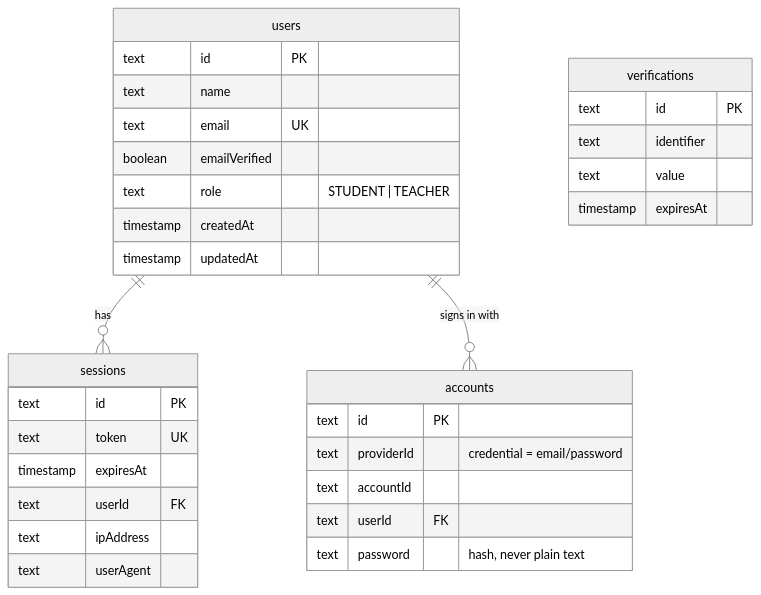
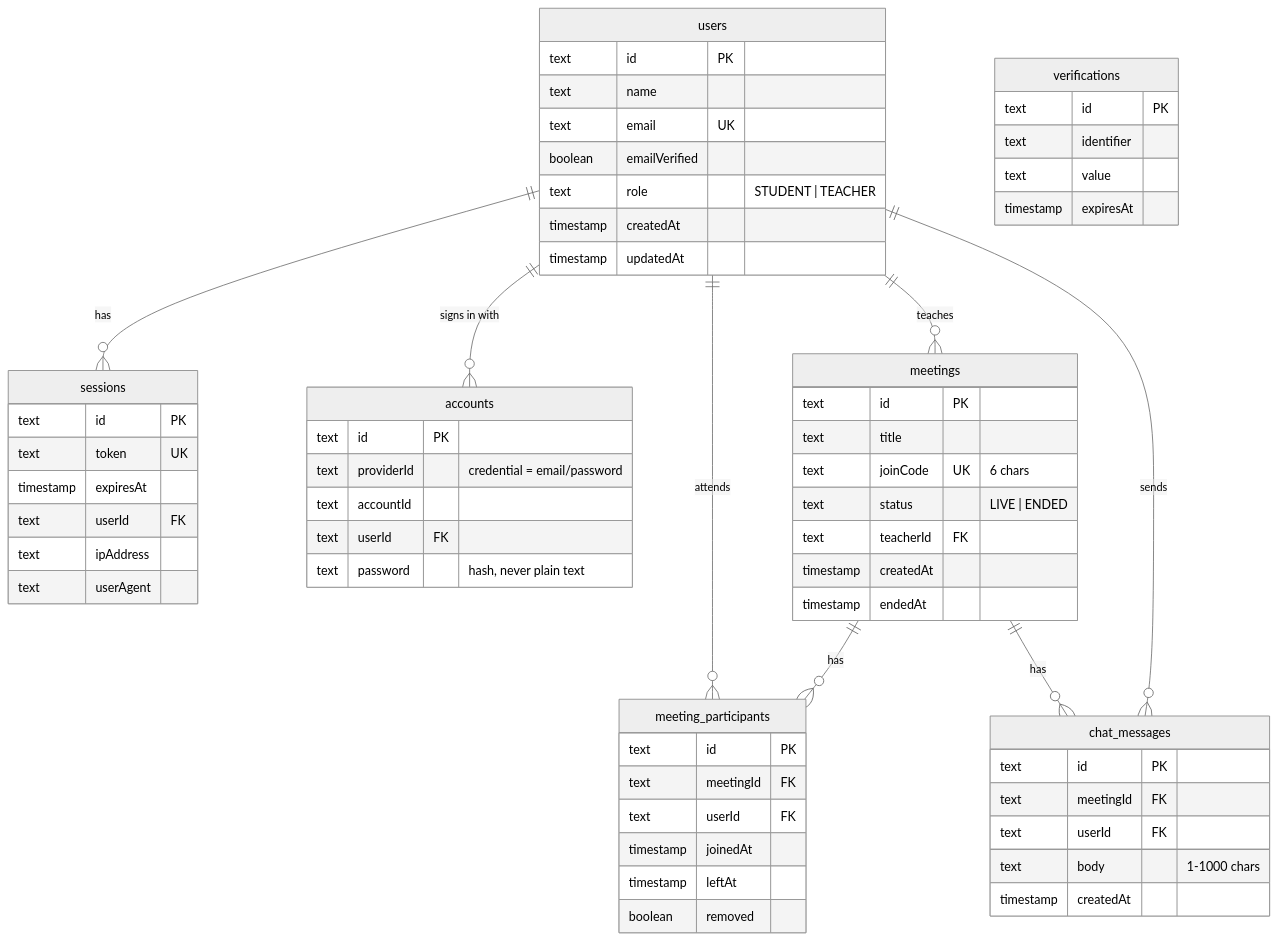
One commit to ali-shiekh16/learning-platform changed the diagram in docs/database.md. Above: the diagram before and after it, drawn with Mermaid (neutral theme). The commit also changed other lines of this file and 2 other files, not shown here.

Commit message:
docs: document meeting tables and record the improvements backlog

````diff
--- a/docs/database.md
+++ b/docs/database.md
@@ -18,36 +18,65 @@
 ```mermaid
 erDiagram
   users ||--o{ sessions : "has"
   users ||--o{ accounts : "signs in with"
+  users ||--o{ meetings : "teaches"
+  users ||--o{ meeting_participants : "attends"
+  meetings ||--o{ meeting_participants : "has"
+  meetings ||--o{ chat_messages : "has"
+  users ||--o{ chat_messages : "sends"
 
   users {
     text id PK
     text name
     text email UK
     boolean emailVerified
     text role "STUDENT | TEACHER"
     timestamp createdAt
     timestamp updatedAt
   }
   sessions {
     text id PK
     text token UK
     timestamp expiresAt
     text userId FK
     text ipAddress
     text userAgent
   }
   accounts {
     text id PK
     text providerId "credential = email/password"
     text accountId
     text userId FK
     text password "hash, never plain text"
   }
   verifications {
     text id PK
     text identifier
     text value
     timestamp expiresAt
   }
+  meetings {
+    text id PK
+    text title
+    text joinCode UK "6 chars"
+    text status "LIVE | ENDED"
+    text teacherId FK
+    timestamp createdAt
+    timestamp endedAt
+  }
+  meeting_participants {
+    text id PK
+    text meetingId FK
+    text userId FK
+    timestamp joinedAt
+    timestamp leftAt
+    boolean removed
+  }
+  chat_messages {
+    text id PK
+    text meetingId FK
+    text userId FK
+    text body "1-1000 chars"
+    timestamp createdAt
+  }
 ```
````
